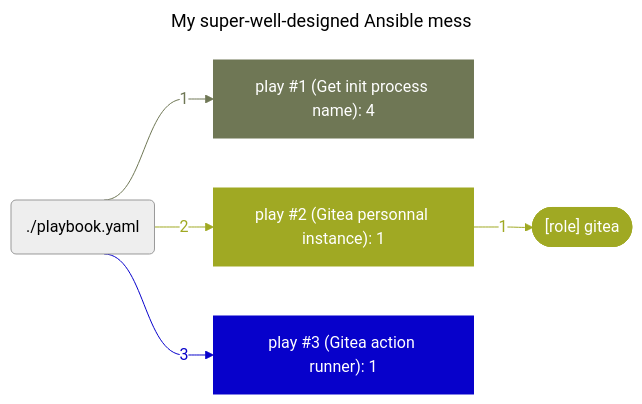
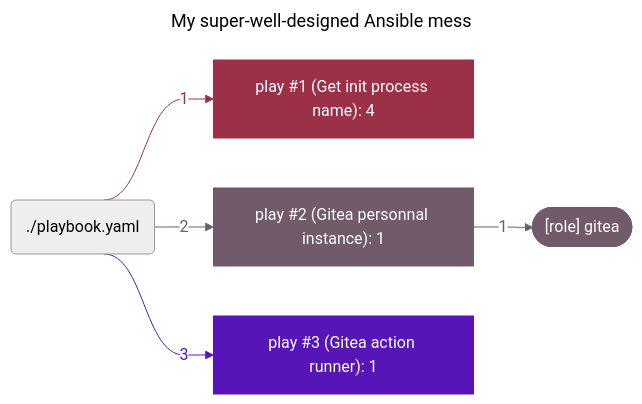
Before and after one commit to boyreau/boyreau: the diagram in README.md, drawn with Mermaid (neutral theme).

Commit message:
profile graph automatic update

````diff
--- a/README.md
+++ b/README.md
@@ -48,35 +48,35 @@
 ```mermaid
 ---
 title: "My super-well-designed Ansible mess"
 ---
 %%{ init: { "flowchart": { "curve": "bumpX" } } }%%
 flowchart LR
 	%% Start of the playbook './playbook.yaml'
-	playbook_d8fd15ca("./playbook.yaml")
+	playbook_a59997b7("./playbook.yaml")
 		%% Start of the play 'play #1 (Get init process name): 4'
-		play_0607dc29["play #1 (Get init process name): 4"]
-		style play_0607dc29 stroke:#6f7755,fill:#6f7755,color:#ffffff
-		playbook_d8fd15ca --> |"1"| play_0607dc29
-		linkStyle 0 stroke:#6f7755,color:#6f7755
+		play_efbbc38b["play #1 (Get init process name): 4"]
+		style play_efbbc38b stroke:#9c3049,fill:#9c3049,color:#ffffff
+		playbook_a59997b7 --> |"1"| play_efbbc38b
+		linkStyle 0 stroke:#9c3049,color:#9c3049
 		%% End of the play 'play #1 (Get init process name): 4'
 		%% Start of the play 'play #2 (Gitea personnal instance): 1'
-		play_19a600b0["play #2 (Gitea personnal instance): 1"]
-		style play_19a600b0 stroke:#a0a923,fill:#a0a923,color:#ffffff
-		playbook_d8fd15ca --> |"2"| play_19a600b0
-		linkStyle 1 stroke:#a0a923,color:#a0a923
+		play_25996096["play #2 (Gitea personnal instance): 1"]
+		style play_25996096 stroke:#715b6b,fill:#715b6b,color:#ffffff
+		playbook_a59997b7 --> |"2"| play_25996096
+		linkStyle 1 stroke:#715b6b,color:#715b6b
 			%% Start of the role '[role] gitea'
-			play_19a600b0 --> |"1 "| role_c8e85314
-			linkStyle 2 stroke:#a0a923,color:#a0a923
-			role_c8e85314(["[role] gitea"])
-			style role_c8e85314 fill:#a0a923,color:#ffffff,stroke:#a0a923
+			play_25996096 --> |"1 "| role_72f8102a
+			linkStyle 2 stroke:#715b6b,color:#715b6b
+			role_72f8102a(["[role] gitea"])
+			style role_72f8102a fill:#715b6b,color:#ffffff,stroke:#715b6b
 			%% End of the role '[role] gitea'
 		%% End of the play 'play #2 (Gitea personnal instance): 1'
 		%% Start of the play 'play #3 (Gitea action runner): 1'
-		play_4261af48["play #3 (Gitea action runner): 1"]
-		style play_4261af48 stroke:#0701cb,fill:#0701cb,color:#ffffff
-		playbook_d8fd15ca --> |"3"| play_4261af48
-		linkStyle 3 stroke:#0701cb,color:#0701cb
+		play_fdb4c373["play #3 (Gitea action runner): 1"]
+		style play_fdb4c373 stroke:#5714b8,fill:#5714b8,color:#ffffff
+		playbook_a59997b7 --> |"3"| play_fdb4c373
+		linkStyle 3 stroke:#5714b8,color:#5714b8
 		%% End of the play 'play #3 (Gitea action runner): 1'
 	%% End of the playbook './playbook.yaml'
 
 ```
````
